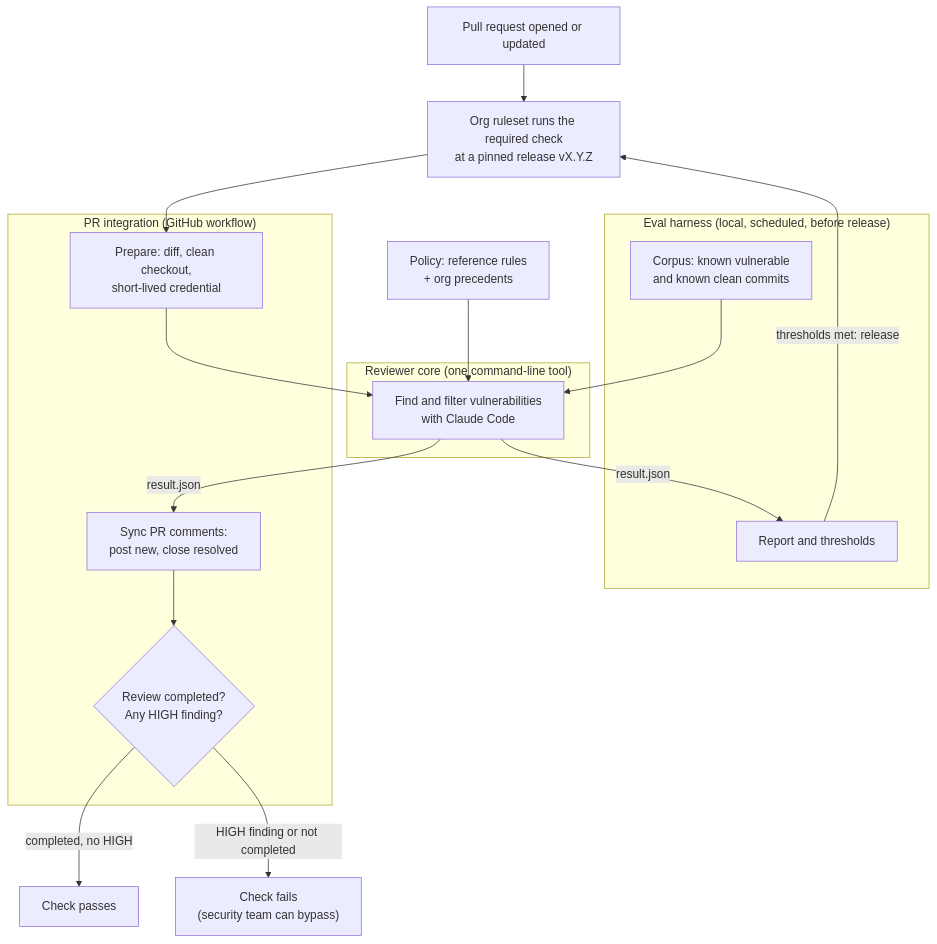
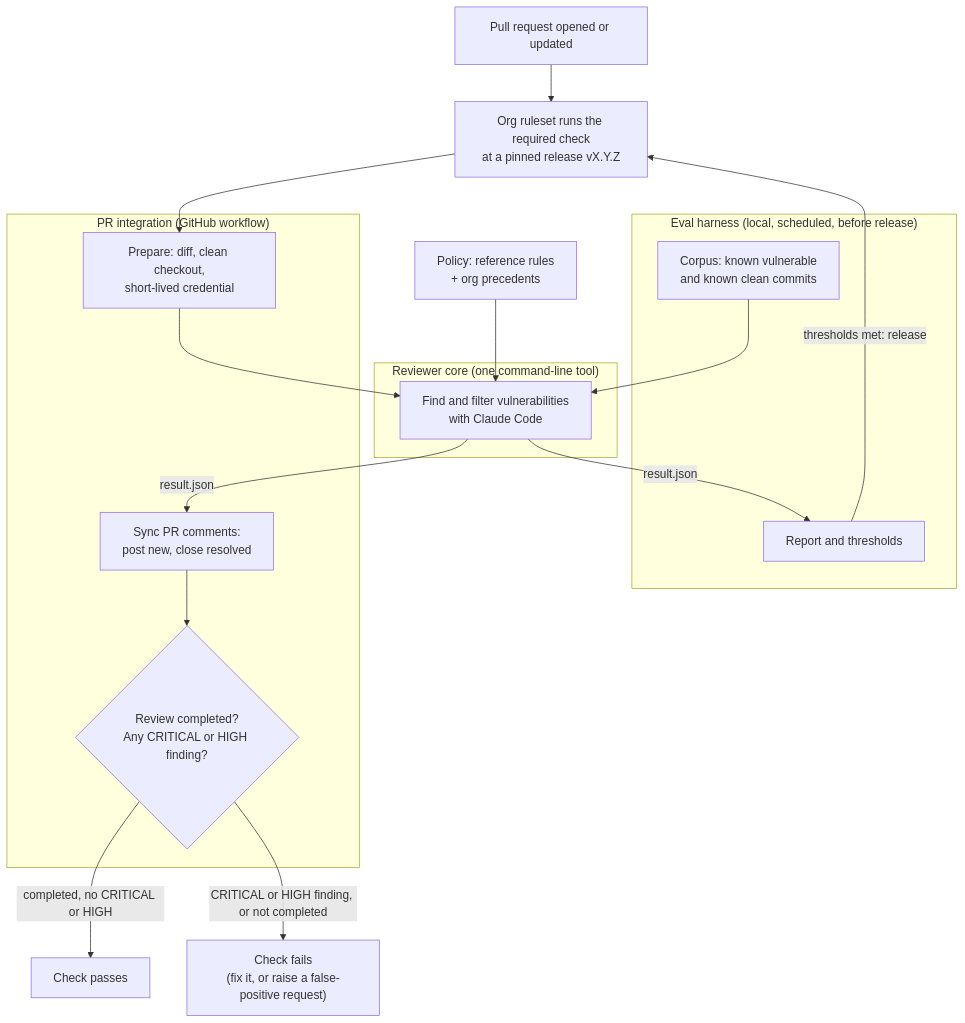
The diagram in docs/design.md (ssc-telec-corp/agentic-reviewer), drawn with Mermaid before and after one commit. The commit also changed other lines of this file and 5 other files, not shown here.

First line of the commit message:
Introduce CRITICAL severity; CRITICAL and HIGH both block

````diff
--- a/docs/design.md
+++ b/docs/design.md
@@ -34,30 +34,30 @@
 ```mermaid
 flowchart TD
     PR["Pull request opened or updated"] --> RS["Org ruleset runs the required check<br/>at a pinned release vX.Y.Z"]
 
     subgraph INT["PR integration (GitHub workflow)"]
         PREP["Prepare: diff, clean checkout,<br/>short-lived credential"]
         SYNC["Sync PR comments:<br/>post new, close resolved"]
-        GATE{"Review completed?<br/>Any HIGH finding?"}
+        GATE{"Review completed?<br/>Any CRITICAL or HIGH finding?"}
     end
 
     subgraph CORE["Reviewer core (one command-line tool)"]
         REV["Find and filter vulnerabilities<br/>with Claude Code"]
     end
 
     POL["Policy: reference rules<br/>+ org precedents"]
 
     subgraph EV["Eval harness (local, scheduled, before release)"]
         CORP["Corpus: known vulnerable<br/>and known clean commits"]
         REP["Report and thresholds"]
     end
 
     RS --> PREP --> REV
     POL --> REV
     REV -- "result.json" --> SYNC --> GATE
-    GATE -- "completed, no HIGH" --> OK["Check passes"]
-    GATE -- "HIGH finding or not completed" --> FAIL["Check fails<br/>(security team can bypass)"]
+    GATE -- "completed, no CRITICAL or HIGH" --> OK["Check passes"]
+    GATE -- "CRITICAL or HIGH finding, or not completed" --> FAIL["Check fails<br/>(fix it, or raise a false-positive request)"]
     CORP --> REV
     REV -- "result.json" --> REP
     REP -- "thresholds met: release" --> RS
 ```
````
